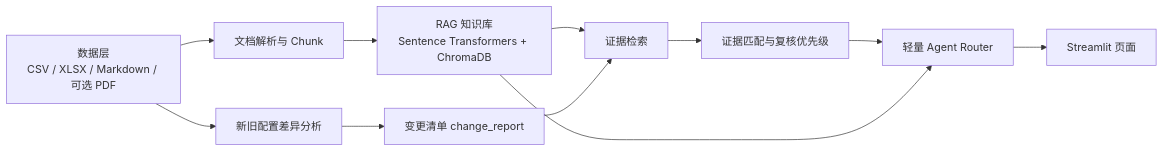
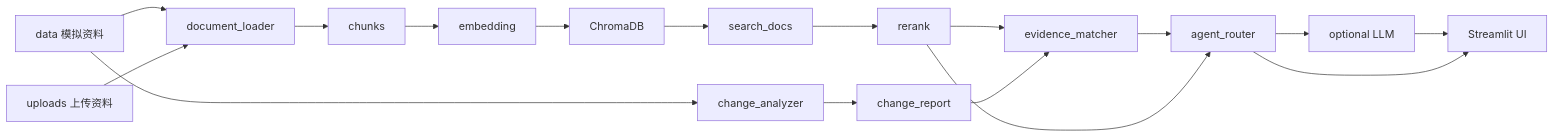
The diagram in README.md (Whh-7/process-change-rag-agent-demo), drawn with Mermaid before and after one commit. The commit also changed other lines of this file and 13 other files, not shown here.

````diff
--- a/README.md
+++ b/README.md
@@ -23,13 +42,19 @@
 ```mermaid
 flowchart LR
-    A[数据层<br/>CSV / XLSX / Markdown / 可选 PDF] --> B[文档解析与 Chunk]
-    B --> C[RAG 知识库<br/>Sentence Transformers + ChromaDB]
-    A --> D[新旧配置差异分析]
-    D --> E[变更清单 change_report]
-    C --> F[证据检索]
-    E --> F
-    F --> G[证据匹配与复核优先级]
-    G --> H[轻量 Agent Router]
-    H --> I[Streamlit 页面]
-    C --> H
+    A[data 模拟资料] --> B[document_loader]
+    U[uploads 上传资料] --> B
+    B --> C[chunks]
+    C --> D[embedding]
+    D --> E[ChromaDB]
+    E --> F[search_docs]
+    F --> G[rerank]
+    A --> H[change_analyzer]
+    H --> I[change_report]
+    G --> J[evidence_matcher]
+    I --> J
+    J --> K[agent_router]
+    G --> K
+    K --> L[optional LLM]
+    L --> M[Streamlit UI]
+    K --> M
 ```
````
